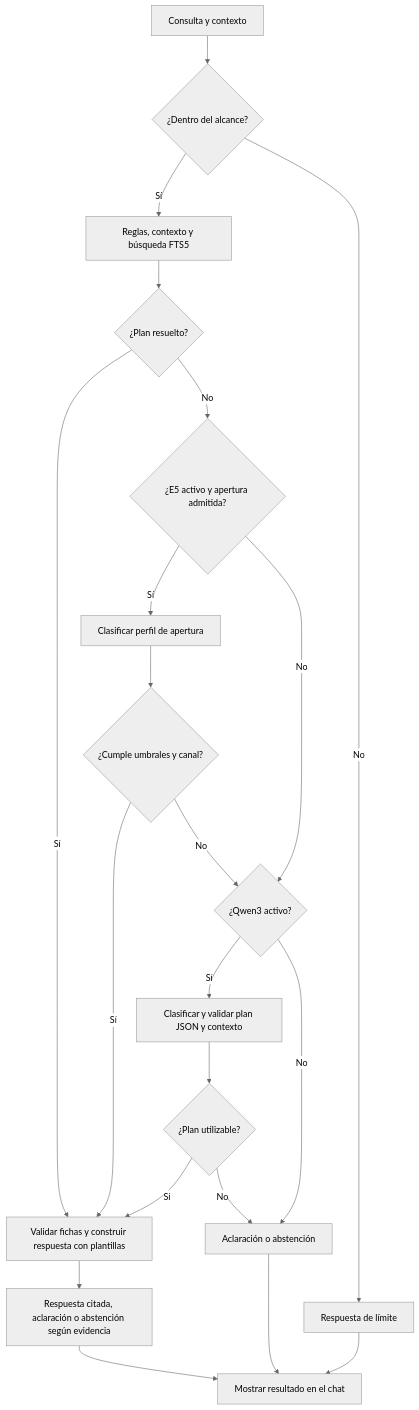
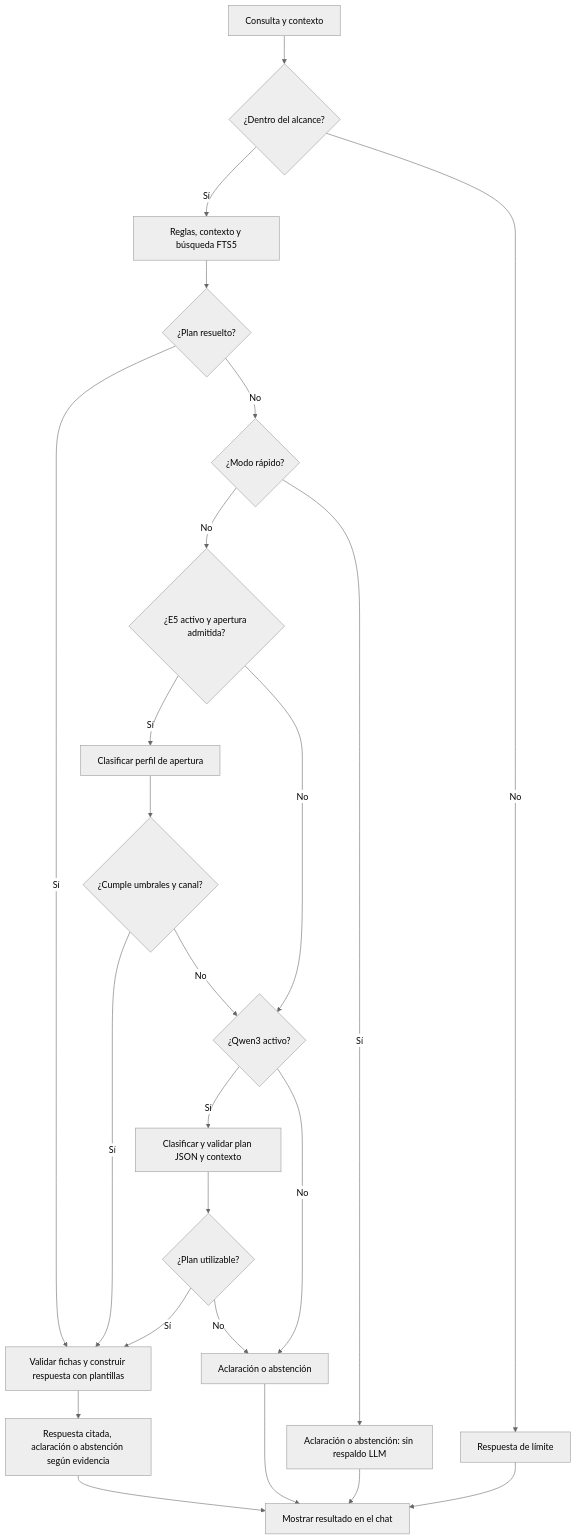
Before and after one commit to JFRo57/caso_practico_banamex: the second of 2 diagrams in README.md, drawn with Mermaid (neutral theme). The commit also changed other lines of this file and 18 other files, not shown here.

Commit message:
Añade ejecución rápida sin modelos ni fallback LLM

````diff
--- a/README.md
+++ b/README.md
@@ -90,23 +98,26 @@
 ```mermaid
 flowchart TD
     Q["Consulta y contexto"] --> S{"¿Dentro del alcance?"}
     S -- No --> LIMIT["Respuesta de límite"]
     S -- Sí --> LOCAL["Reglas, contexto y búsqueda FTS5"]
     LOCAL --> PLAN{"¿Plan resuelto?"}
     PLAN -- Sí --> BUILD["Validar fichas y construir respuesta con plantillas"]
-    PLAN -- No --> ELIGIBLE{"¿E5 activo y apertura admitida?"}
+    PLAN -- No --> MODE{"¿Modo rápido?"}
+    MODE -- Sí --> NO_LLM["Aclaración o abstención: sin respaldo LLM"]
+    MODE -- No --> ELIGIBLE{"¿E5 activo y apertura admitida?"}
     ELIGIBLE -- Sí --> E5["Clasificar perfil de apertura"]
     E5 --> CONF{"¿Cumple umbrales y canal?"}
     CONF -- Sí --> BUILD
     CONF -- No --> ACTIVE{"¿Qwen3 activo?"}
     ELIGIBLE -- No --> ACTIVE
     ACTIVE -- Sí --> LLM["Clasificar y validar plan JSON y contexto"]
     LLM --> VALID{"¿Plan utilizable?"}
     VALID -- Sí --> BUILD
     VALID -- No --> SAFE["Aclaración o abstención"]
     ACTIVE -- No --> SAFE
     BUILD --> RESULT["Respuesta citada, aclaración o abstención según evidencia"]
     RESULT --> CHAT["Mostrar resultado en el chat"]
     SAFE --> CHAT
+    NO_LLM --> CHAT
     LIMIT --> CHAT
 ```
````
